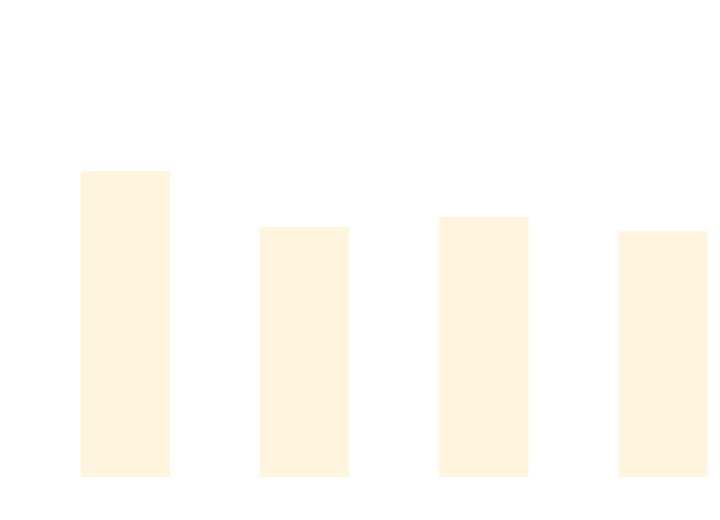
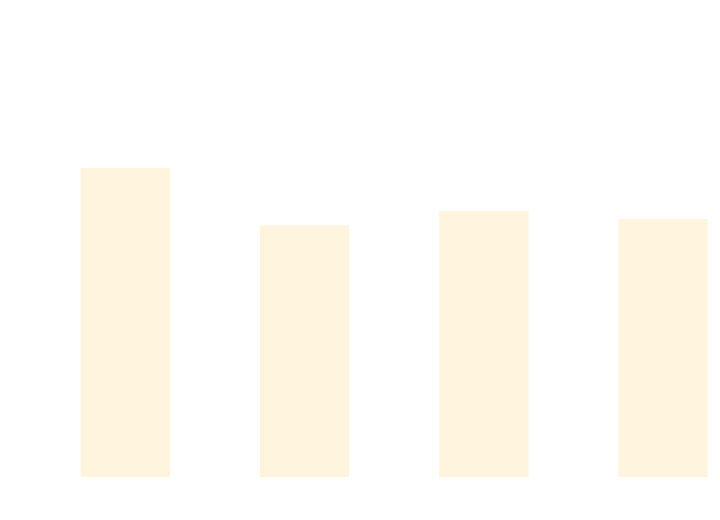
Before and after one commit to thomhurst/TUnit: the diagram in docs/docs/benchmarks/BuildTime.md, drawn with Mermaid. The commit also changed other lines of this file and 17 other files, not shown here.

````diff
--- a/docs/docs/benchmarks/BuildTime.md
+++ b/docs/docs/benchmarks/BuildTime.md
@@ -28,37 +28,37 @@
 ```mermaid
 %%{init: {
   'theme':'base',
   'themeVariables': {
     'primaryColor': '#2563eb',
     'primaryTextColor': '#ffffff',
     'primaryBorderColor': '#1e40af',
     'lineColor': '#6b7280',
     'secondaryColor': '#7c3aed',
     'tertiaryColor': '#dc2626',
     'background': '#ffffff',
     'mainBkg': '#2563eb',
     'secondBkg': '#7c3aed',
     'tertiaryBkg': '#dc2626',
     'clusterBkg': '#f3f4f6',
     'edgeLabelBackground': '#ffffff',
     'tertiaryTextColor': '#1f2937',
     'pie1': '#2563eb',
     'pie2': '#7c3aed',
     'pie3': '#dc2626',
     'pie4': '#f59e0b',
     'pie5': '#10b981',
     'pie6': '#06b6d4',
     'pie7': '#ec4899',
     'pie8': '#6366f1',
     'pie9': '#84cc16',
     'pie10': '#f97316',
     'pie11': '#14b8a6',
     'pie12': '#a855f7'
   }
 }}%%
 xychart-beta
   title "Build Time Comparison"
   x-axis ["Build_TUnit", "Build_NUnit", "Build_MSTest", "Build_xUnit3"]
   y-axis "Time (s)" 0 --> 3
-  bar [2.195, 1.783, 1.857, 1.753]
+  bar [2.22, 1.796, 1.901, 1.842]
 ```
````
